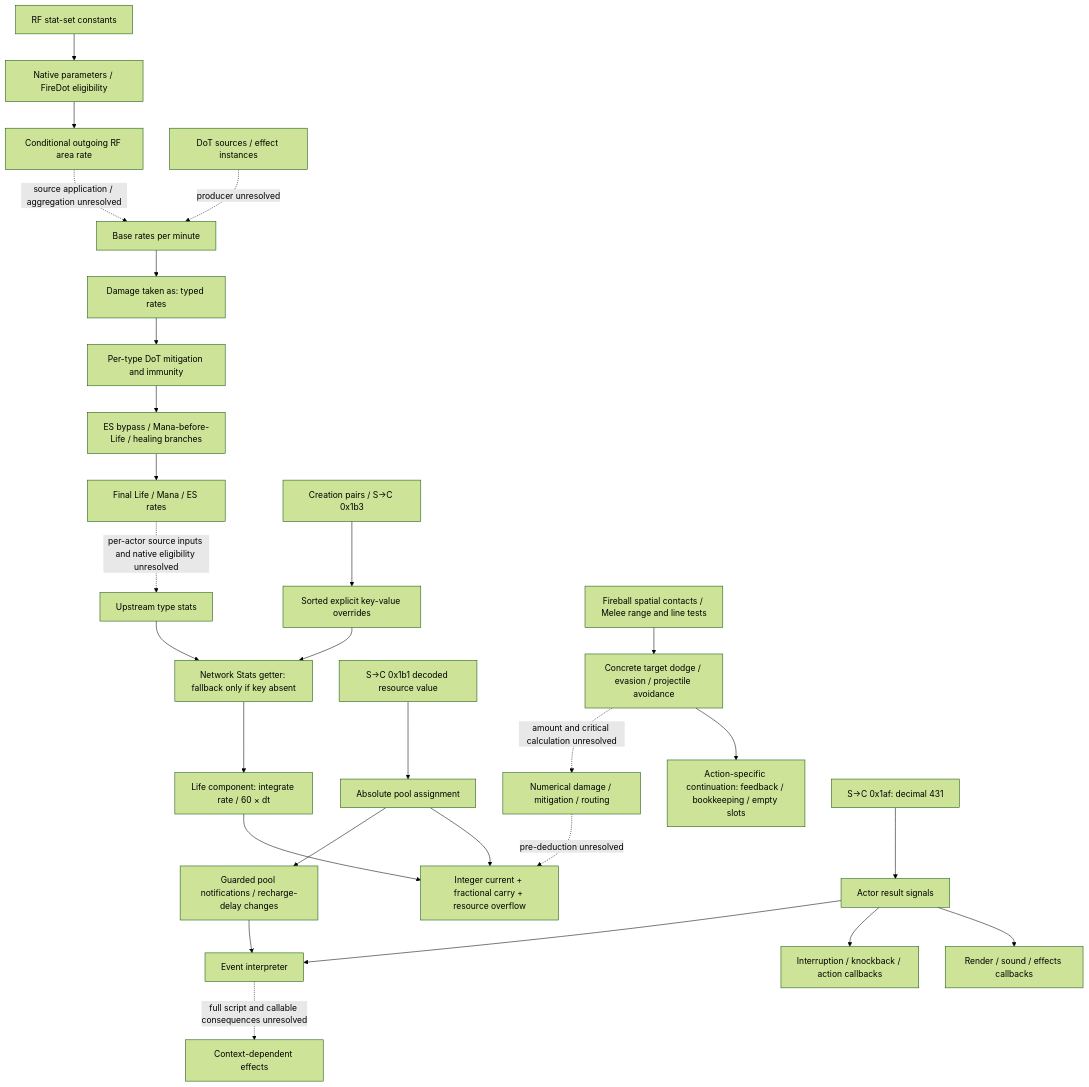
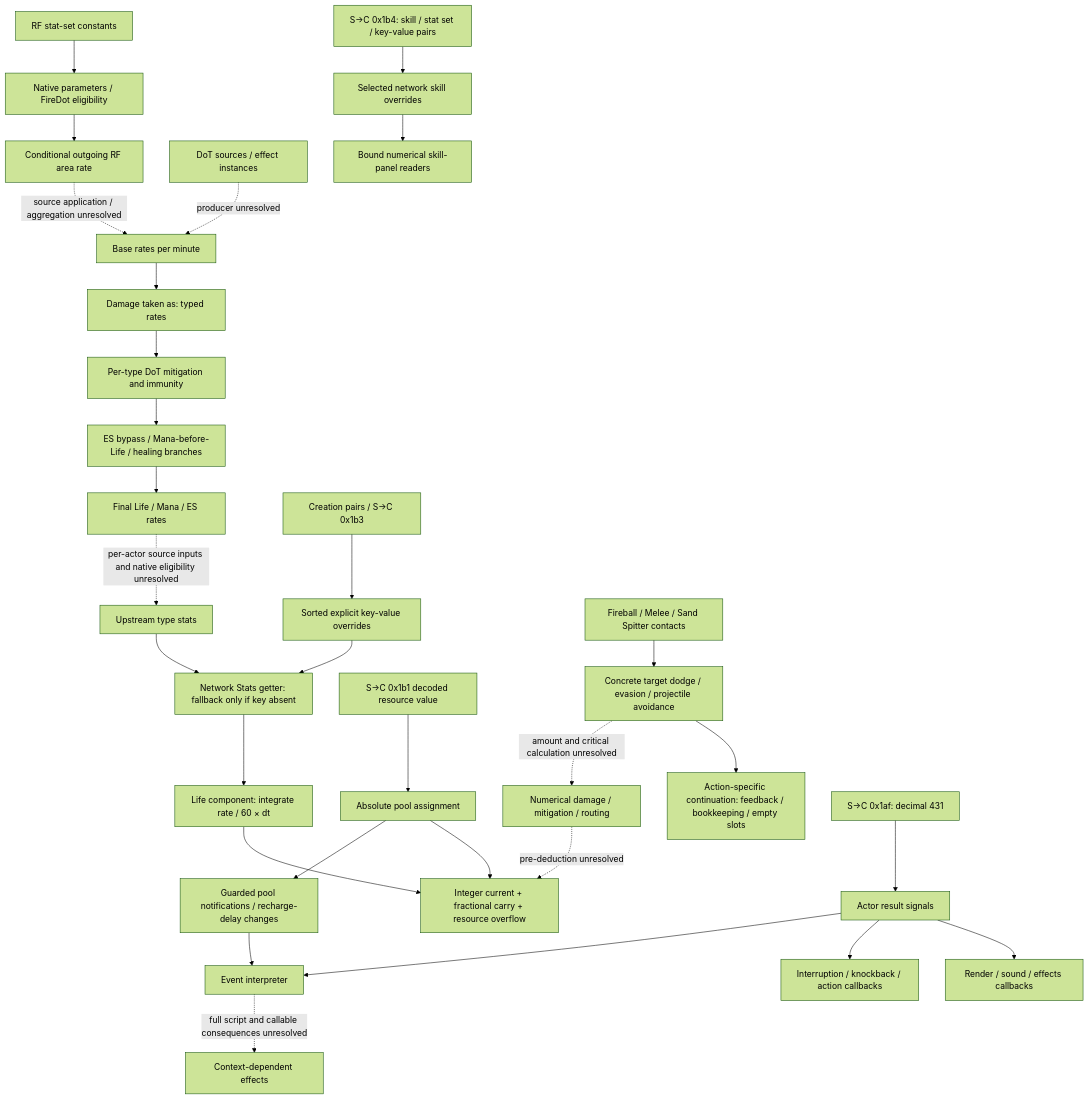
One commit to LiuJi-Jim/LocalExile changed the diagram in Agents/docs/re/client-damage-calculation.md. Above: the diagram before and after it, drawn with Mermaid (forest theme). The commit also changed other lines of this file and 12 other files, not shown here.

Commit message:
Corroborate ranged-action research and trace skill stat updates

````diff
--- a/Agents/docs/re/client-damage-calculation.md
+++ b/Agents/docs/re/client-damage-calculation.md
@@ -69,30 +70,32 @@
 ```mermaid
 flowchart TD
   SKILLDATA[RF stat-set constants] --> RFPARAM[Native parameters / FireDot eligibility]
   RFPARAM --> RFOUT[Conditional outgoing RF area rate]
   RFOUT -. source application / aggregation unresolved .-> RAW
   SOURCES[DoT sources / effect instances] -. producer unresolved .-> RAW[Base rates per minute]
   RAW --> AS[Damage taken as: typed rates]
   AS --> MIT[Per-type DoT mitigation and immunity]
   MIT --> ROUTE[ES bypass / Mana-before-Life / healing branches]
   ROUTE --> FINAL[Final Life / Mana / ES rates]
   FINAL -. per-actor source inputs and native eligibility unresolved .-> TYPE[Upstream type stats]
   TYPE --> GET[Network Stats getter: fallback only if key absent]
   NET[Creation pairs / S→C 0x1b3] --> OVERRIDE[Sorted explicit key-value overrides]
   OVERRIDE --> GET
+  SKILLNET[S→C 0x1b4: skill / stat set / key-value pairs] --> SKILLOVERRIDE[Selected network skill overrides]
+  SKILLOVERRIDE --> PANEL[Bound numerical skill-panel readers]
   GET --> TICK[Life component: integrate rate / 60 × dt]
   TICK --> POOL[Integer current + fractional carry + resource overflow]
   CORRECTION[S→C 0x1b1 decoded resource value] --> SETTER[Absolute pool assignment]
   SETTER --> POOL
   SETTER --> NOTIFY[Guarded pool notifications / recharge-delay changes]
-  HIT[Fireball spatial contacts / Melee range and line tests] --> AVOID[Concrete target dodge / evasion / projectile avoidance]
+  HIT[Fireball / Melee / Sand Spitter contacts] --> AVOID[Concrete target dodge / evasion / projectile avoidance]
   AVOID --> CONTINUE[Action-specific continuation: feedback / bookkeeping / empty slots]
   AVOID -. amount and critical calculation unresolved .-> HITCALC[Numerical damage / mitigation / routing]
   HITCALC -. pre-deduction unresolved .-> POOL
   FEEDBACK[S→C 0x1af: decimal 431] --> ACTOR[Actor result signals]
   ACTOR --> RENDER[Render / sound / effects callbacks]
   ACTOR --> CONTROL[Interruption / knockback / action callbacks]
   ACTOR --> EVENT[Event interpreter]
   NOTIFY --> EVENT
   EVENT -. full script and callable consequences unresolved .-> EFFECTS[Context-dependent effects]
 ```
````
